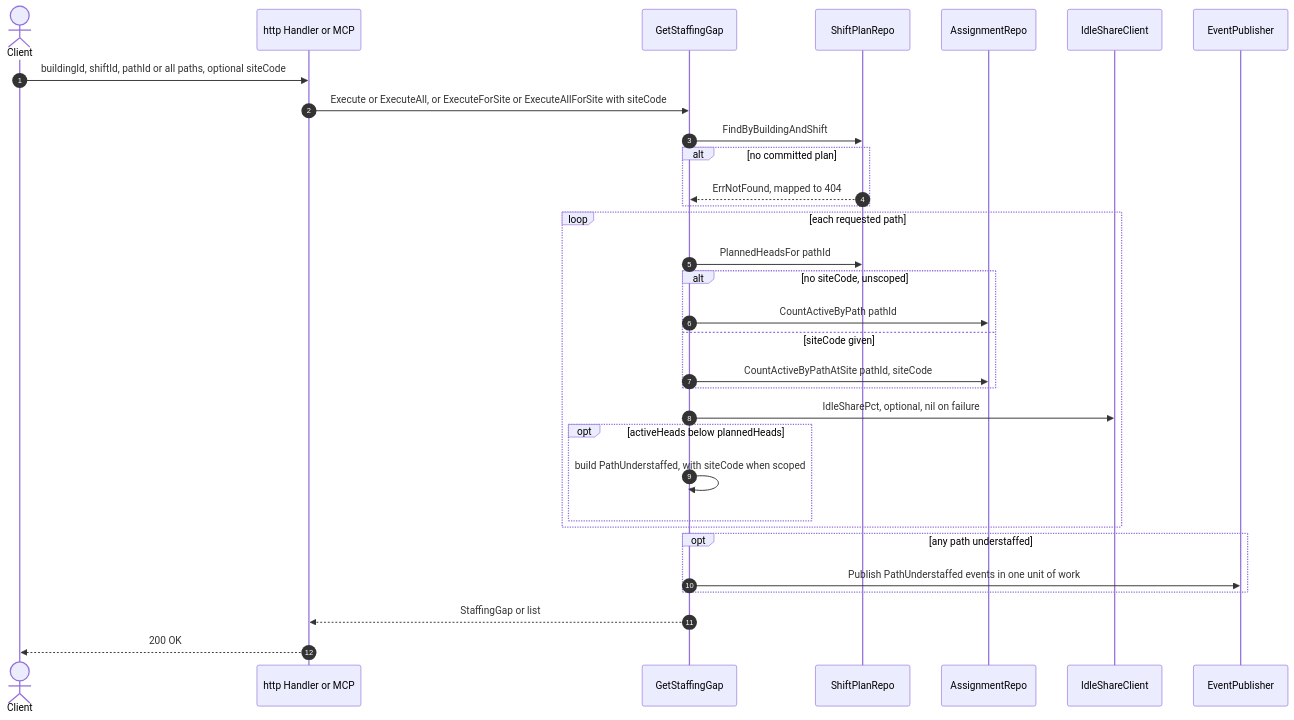
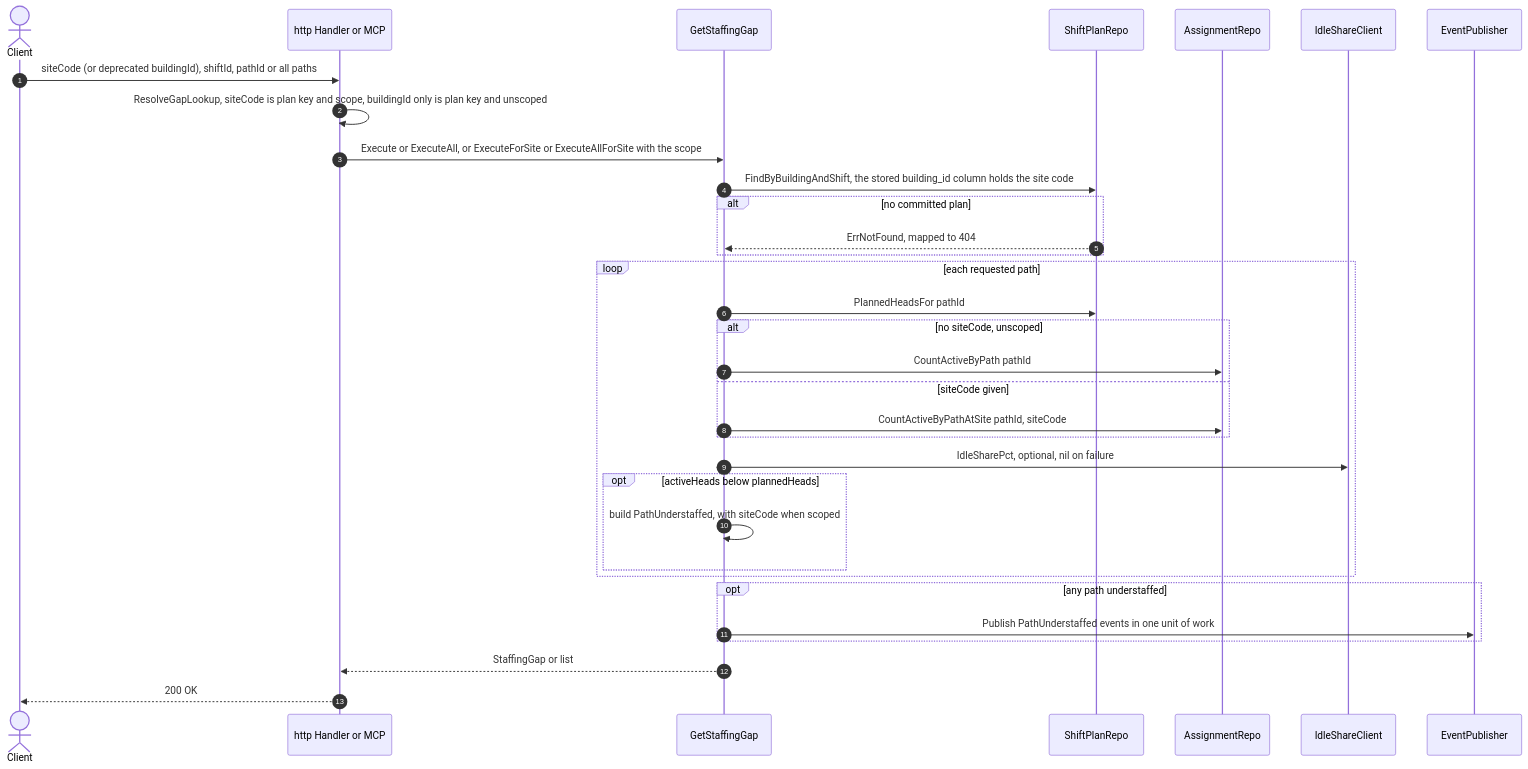
One commit to IQVO/warehouse-docs changed the seventh of 7 diagrams in docs/contexts/workforce-management/sequence-diagrams.md. Above: the diagram before and after it, drawn with Mermaid. The commit also changed other lines of this file and 119 other files, not shown here.

````diff
--- a/docs/contexts/workforce-management/sequence-diagrams.md
+++ b/docs/contexts/workforce-management/sequence-diagrams.md
@@ -329,34 +340,35 @@
 ```mermaid
 sequenceDiagram
     autonumber
     actor Client
     participant In as http Handler or MCP
     participant UC as GetStaffingGap
     participant SR as ShiftPlanRepo
     participant LR as AssignmentRepo
     participant IS as IdleShareClient
     participant OB as EventPublisher
-    Client->>In: buildingId, shiftId, pathId or all paths, optional siteCode
-    In->>UC: Execute or ExecuteAll, or ExecuteForSite or ExecuteAllForSite with siteCode
-    UC->>SR: FindByBuildingAndShift
+    Client->>In: siteCode (or deprecated buildingId), shiftId, pathId or all paths
+    In->>In: ResolveGapLookup, siteCode is plan key and scope, buildingId only is plan key and unscoped
+    In->>UC: Execute or ExecuteAll, or ExecuteForSite or ExecuteAllForSite with the scope
+    UC->>SR: FindByBuildingAndShift, the stored building_id column holds the site code
     alt no committed plan
         SR-->>UC: ErrNotFound, mapped to 404
     end
     loop each requested path
         UC->>SR: PlannedHeadsFor pathId
         alt no siteCode, unscoped
             UC->>LR: CountActiveByPath pathId
         else siteCode given
             UC->>LR: CountActiveByPathAtSite pathId, siteCode
         end
         UC->>IS: IdleSharePct, optional, nil on failure
         opt activeHeads below plannedHeads
             UC->>UC: build PathUnderstaffed, with siteCode when scoped
         end
     end
     opt any path understaffed
         UC->>OB: Publish PathUnderstaffed events in one unit of work
     end
     UC-->>In: StaffingGap or list
     In-->>Client: 200 OK
 ```
````
